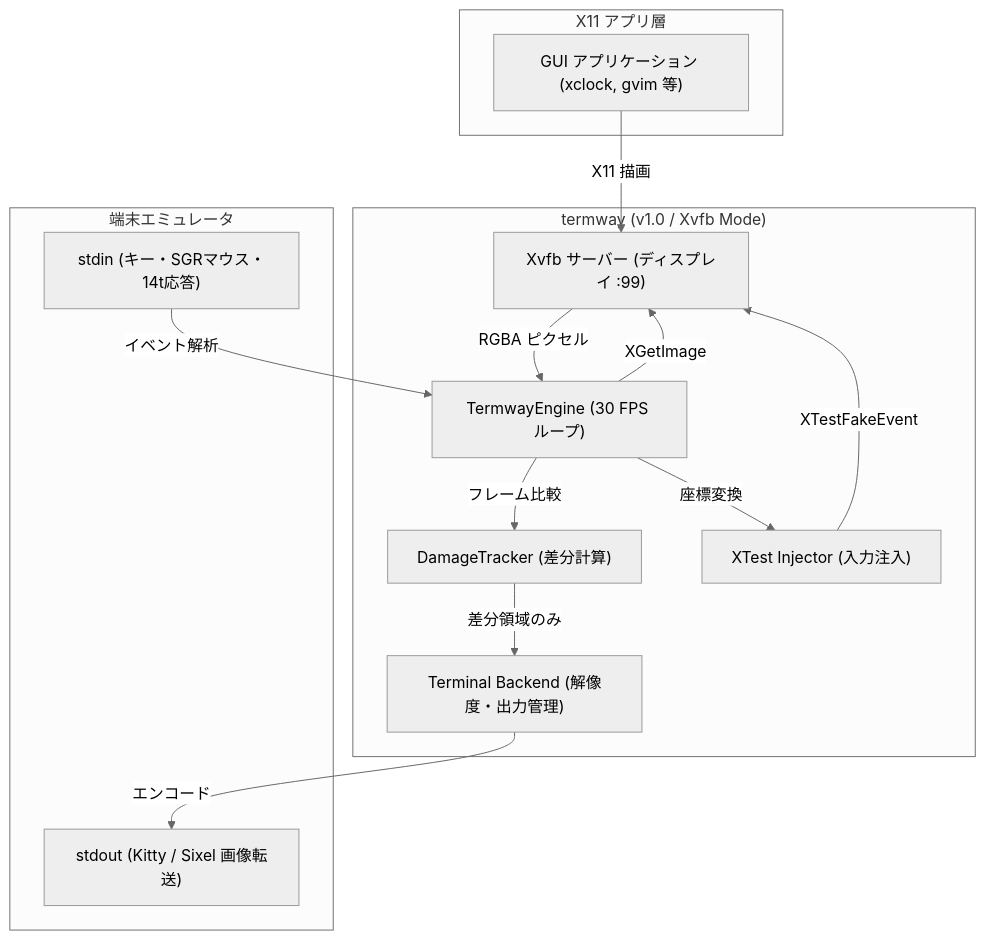
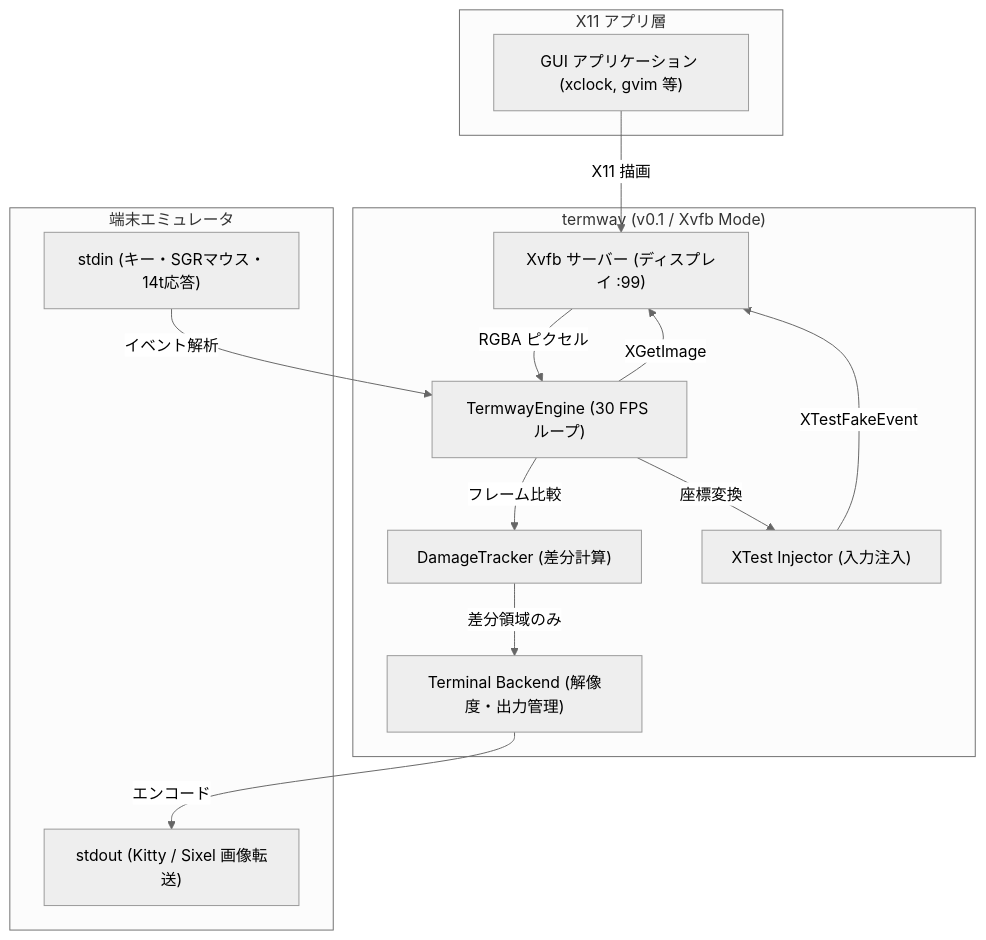
The second of 4 diagrams in docs/ARCHITECTURE.md (totatake/termway), drawn with Mermaid (neutral theme) before and after one commit. The commit also changed other lines of this file and 3 other files, not shown here.

````diff
--- a/docs/ARCHITECTURE.md
+++ b/docs/ARCHITECTURE.md
@@ -198,29 +198,29 @@
 ```mermaid
 flowchart TD
     subgraph X11["X11 アプリ層"]
         App["GUI アプリケーション (xclock, gvim 等)"]
     end
 
-    subgraph termway["termway (v1.0 / Xvfb Mode)"]
+    subgraph termway["termway (v0.1 / Xvfb Mode)"]
         Xvfb["Xvfb サーバー (ディスプレイ :99)"]
         Engine["TermwayEngine (30 FPS ループ)"]
         Tracker["DamageTracker (差分計算)"]
         Injector["XTest Injector (入力注入)"]
         TermBackend["Terminal Backend (解像度・出力管理)"]
     end
 
     subgraph Terminal["端末エミュレータ"]
         PTYIn["stdin (キー・SGRマウス・14t応答)"]
         PTYOut["stdout (Kitty / Sixel 画像転送)"]
     end
 
     App -->|X11 描画| Xvfb
     Engine -->|XGetImage| Xvfb
     Xvfb -->|RGBA ピクセル| Engine
     Engine -->|フレーム比較| Tracker
     Tracker -->|差分領域のみ| TermBackend
     TermBackend -->|エンコード| PTYOut
     PTYIn -->|イベント解析| Engine
     Engine -->|座標変換| Injector
     Injector -->|XTestFakeEvent| Xvfb
 ```
````
